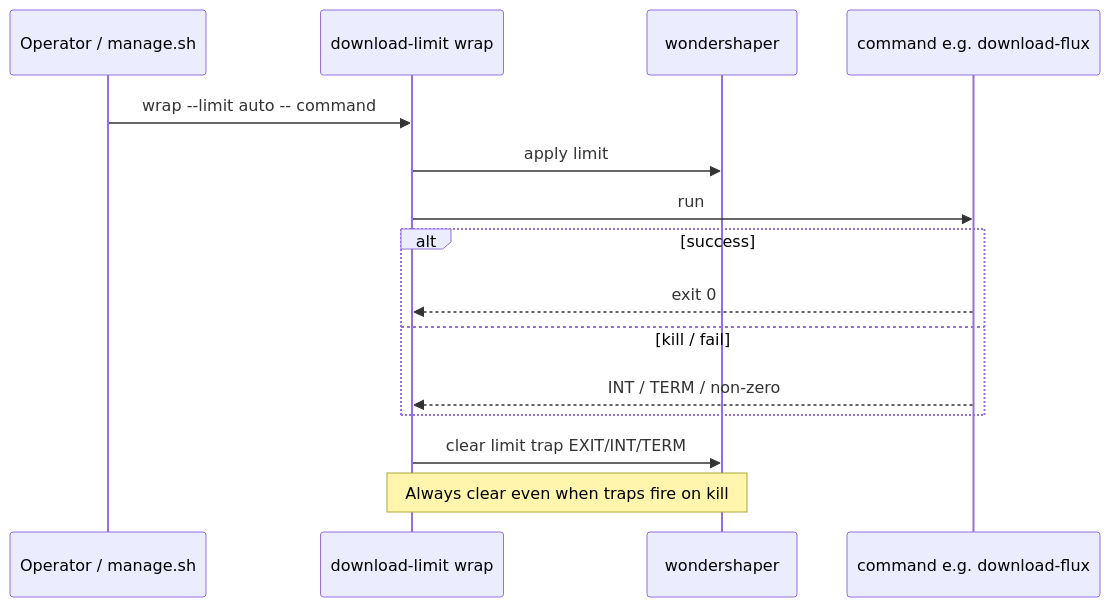
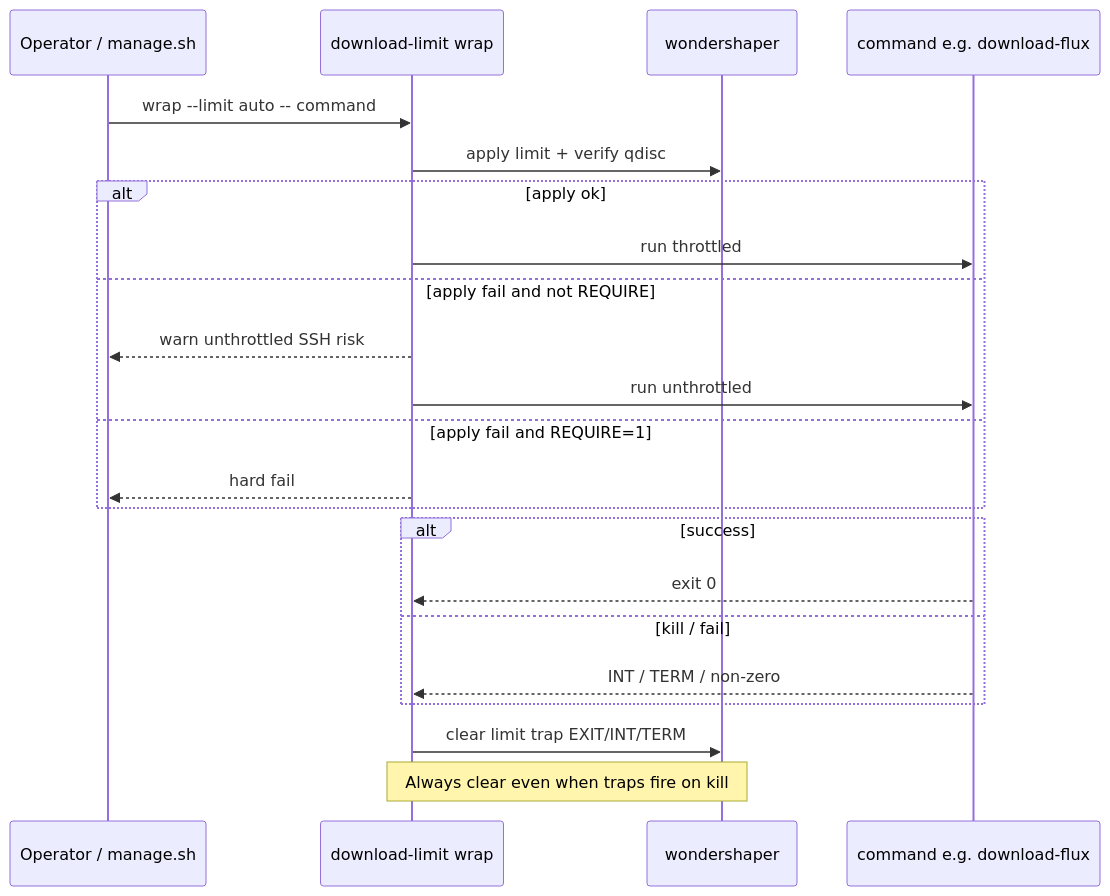
The fourth of 5 diagrams in docs/download-limit.md (toxicoder/ez-comfy-stack), drawn with Mermaid before and after one commit. The commit also changed other lines of this file and 14 other files, not shown here.

````diff
--- a/docs/download-limit.md
+++ b/docs/download-limit.md
@@ -86,18 +103,25 @@
 ```mermaid
 sequenceDiagram
   participant Op as Operator / manage.sh
   participant W as download-limit wrap
   participant WS as wondershaper
   participant Cmd as command e.g. download-flux
 
   Op->>W: wrap --limit auto -- command
-  W->>WS: apply limit
-  W->>Cmd: run
+  W->>WS: apply limit + verify qdisc
+  alt apply ok
+    W->>Cmd: run throttled
+  else apply fail and not REQUIRE
+    W-->>Op: warn unthrottled SSH risk
+    W->>Cmd: run unthrottled
+  else apply fail and REQUIRE=1
+    W-->>Op: hard fail
+  end
   alt success
     Cmd-->>W: exit 0
   else kill / fail
     Cmd-->>W: INT / TERM / non-zero
   end
   W->>WS: clear limit trap EXIT/INT/TERM
   Note over W,WS: Always clear even when traps fire on kill
 ```
````
